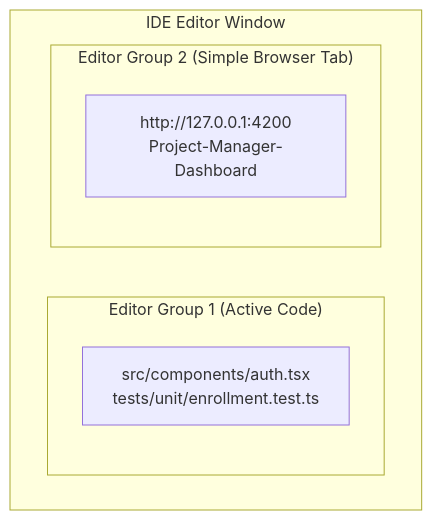
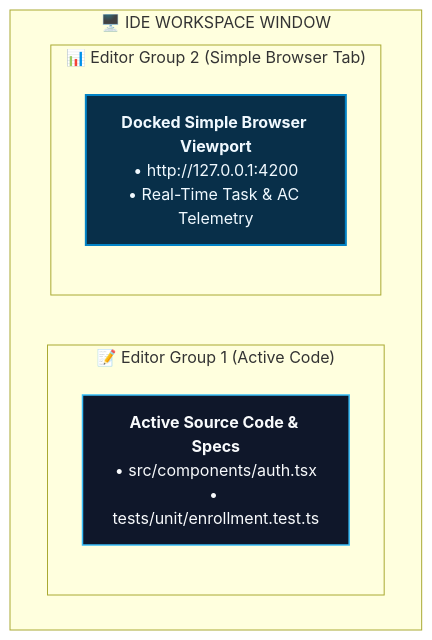
Before and after one commit to rmsofficialsyt/Agentic-AI-Vibe-Coding-AND-SDD-TDD-Codebase-Chandan-Adhikary: the third of 4 diagrams in SDD-TDD-Chandan-Adhikary/Spec-Driven-Development/Project-Manager-Dashboard/README.md, drawn with Mermaid. The commit also changed other lines of this file and 23 other files, not shown here.

Commit message:
docs: redesign diagrams to Eraser.io visual style and regenerate MANIFEST.json

````diff
--- a/SDD-TDD-Chandan-Adhikary/Spec-Driven-Development/Project-Manager-Dashboard/README.md
+++ b/SDD-TDD-Chandan-Adhikary/Spec-Driven-Development/Project-Manager-Dashboard/README.md
@@ -96,12 +102,15 @@
 ```mermaid
 flowchart TD
-    subgraph IDEWindow ["IDE Editor Window"]
+    classDef code fill:#0f172a,stroke:#38bdf8,stroke-width:1.5px,color:#f8fafc;
+    classDef dash fill:#082f49,stroke:#0284c7,stroke-width:2px,color:#f0f9ff;
+
+    subgraph IDEWindow ["🖥️ IDE WORKSPACE WINDOW"]
         direction LR
-        subgraph Col1 ["Editor Group 1 (Active Code)"]
-            Code["src/components/auth.tsx<br/>tests/unit/enrollment.test.ts"]
+        subgraph Col1 ["📝 Editor Group 1 (Active Code)"]
+            Code["<b>Active Source Code & Specs</b><br/>• src/components/auth.tsx<br/>• tests/unit/enrollment.test.ts"]:::code
         end
-        subgraph Col2 ["Editor Group 2 (Simple Browser Tab)"]
-            Dash["http://127.0.0.1:4200<br/>Project-Manager-Dashboard"]
+        subgraph Col2 ["📊 Editor Group 2 (Simple Browser Tab)"]
+            Dash["<b>Docked Simple Browser Viewport</b><br/>• http://127.0.0.1:4200<br/>• Real-Time Task & AC Telemetry"]:::dash
         end
     end
 ```
````
